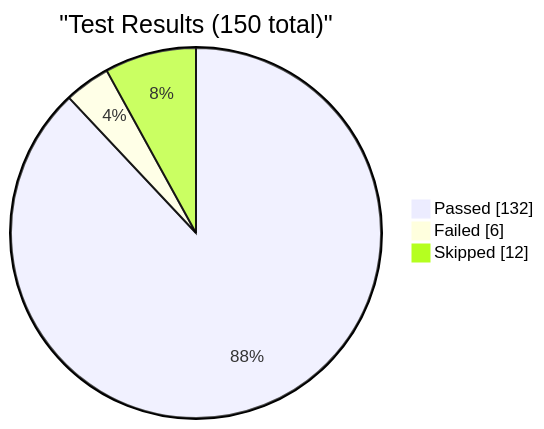
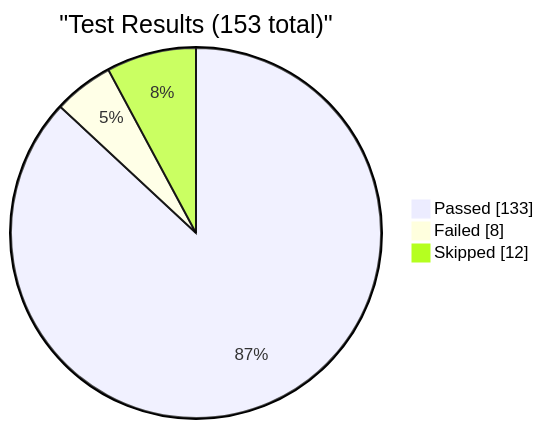
Before and after one commit to EliteaAI/onetest-ai-tm-Elitea: the first of 4 diagrams in reports/dashboard.md, drawn with Mermaid. The commit also changed other lines of this file and 1 other file, not shown here.

Commit message:
dashboard: update test metrics for RUN-ELITEA-2026-08-21-38-DEV-STABLE-ALL-FAILED

````diff
--- a/reports/dashboard.md
+++ b/reports/dashboard.md
@@ -9,7 +9,7 @@
 ```mermaid
 pie showData
-    title "Test Results (150 total)"
-    "Passed" : 132
-    "Failed" : 6
+    title "Test Results (153 total)"
+    "Passed" : 133
+    "Failed" : 8
     "Skipped" : 12
 ```
````
